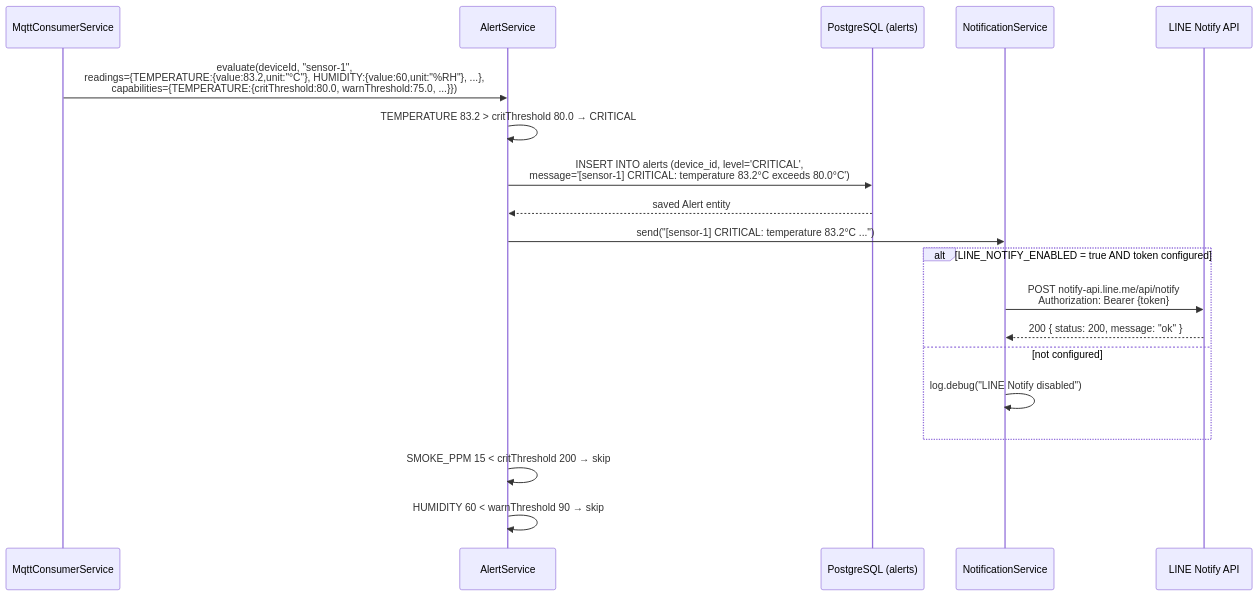
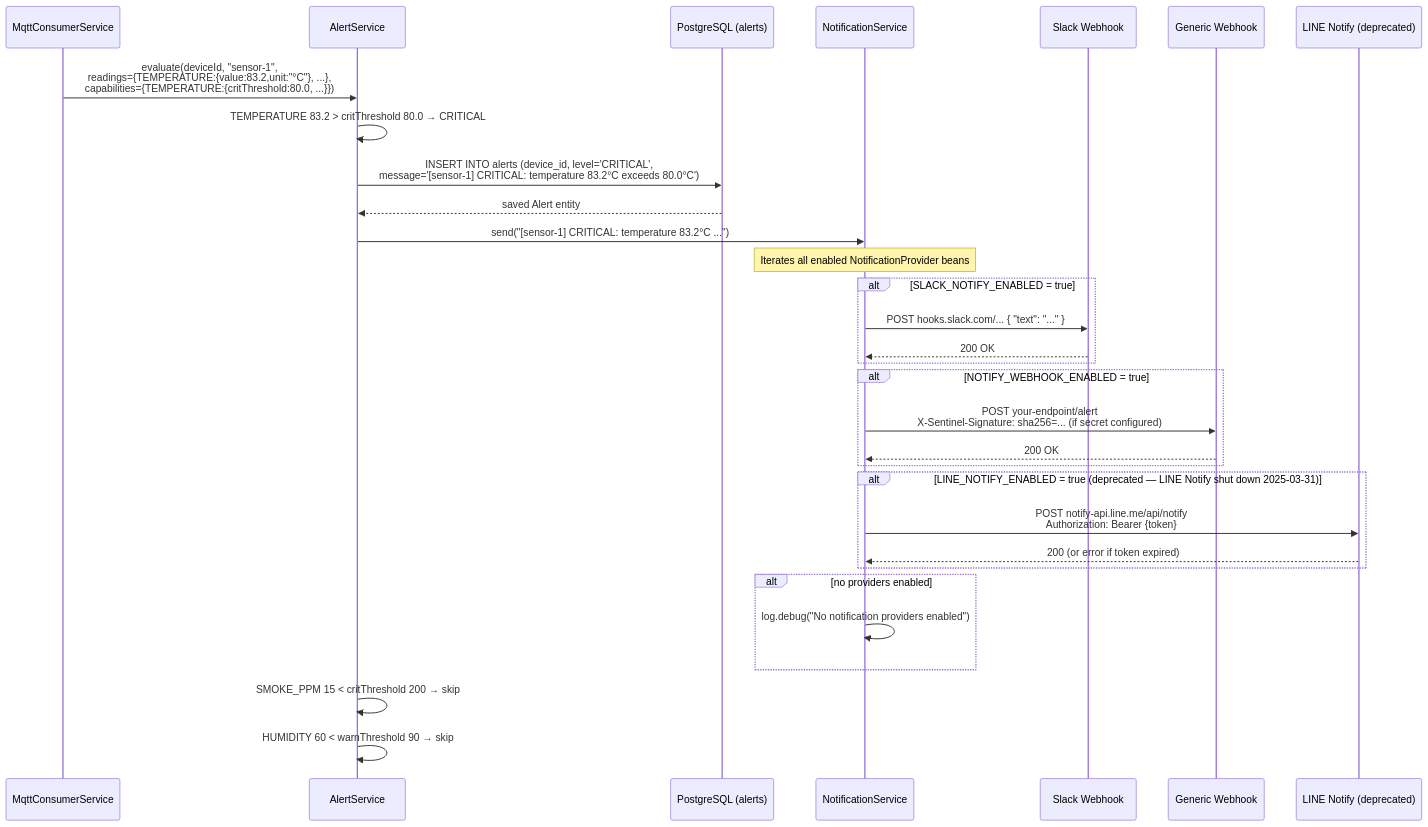
Before and after one commit to thitipongroo/sentinel-iot-platform: the sixth of 10 diagrams in docs/sequence-diagrams.md, drawn with Mermaid. The commit also changed other lines of this file and 3 other files, not shown here.

````diff
--- a/docs/sequence-diagrams.md
+++ b/docs/sequence-diagrams.md
@@ -221,26 +221,41 @@
 ```mermaid
 sequenceDiagram
     participant MQTT as MqttConsumerService
     participant ALERT as AlertService
     participant DB as PostgreSQL (alerts)
     participant NOTIFY as NotificationService
-    participant LINE as LINE Notify API
+    participant SLACK as Slack Webhook
+    participant WEBHOOK as Generic Webhook
+    participant LINE as LINE Notify (deprecated)
 
-    MQTT->>ALERT: evaluate(deviceId, "sensor-1",<br/>readings={TEMPERATURE:{value:83.2,unit:"°C"}, HUMIDITY:{value:60,unit:"%RH"}, ...},<br/>capabilities={TEMPERATURE:{critThreshold:80.0, warnThreshold:75.0, ...}})
+    MQTT->>ALERT: evaluate(deviceId, "sensor-1",<br/>readings={TEMPERATURE:{value:83.2,unit:"°C"}, ...},<br/>capabilities={TEMPERATURE:{critThreshold:80.0, ...}})
 
     ALERT->>ALERT: TEMPERATURE 83.2 > critThreshold 80.0 → CRITICAL
     ALERT->>DB: INSERT INTO alerts (device_id, level='CRITICAL',<br/>message='[sensor-1] CRITICAL: temperature 83.2°C exceeds 80.0°C')
     DB-->>ALERT: saved Alert entity
 
     ALERT->>NOTIFY: send("[sensor-1] CRITICAL: temperature 83.2°C ...")
+    Note over NOTIFY: Iterates all enabled NotificationProvider beans
 
-    alt LINE_NOTIFY_ENABLED = true AND token configured
+    alt SLACK_NOTIFY_ENABLED = true
+        NOTIFY->>SLACK: POST hooks.slack.com/... { "text": "..." }
+        SLACK-->>NOTIFY: 200 OK
+    end
+
+    alt NOTIFY_WEBHOOK_ENABLED = true
+        NOTIFY->>WEBHOOK: POST your-endpoint/alert<br/>X-Sentinel-Signature: sha256=... (if secret configured)
+        WEBHOOK-->>NOTIFY: 200 OK
+    end
+
+    alt LINE_NOTIFY_ENABLED = true (deprecated — LINE Notify shut down 2025-03-31)
         NOTIFY->>LINE: POST notify-api.line.me/api/notify<br/>Authorization: Bearer {token}
-        LINE-->>NOTIFY: 200 { status: 200, message: "ok" }
-    else not configured
-        NOTIFY->>NOTIFY: log.debug("LINE Notify disabled")
+        LINE-->>NOTIFY: 200 (or error if token expired)
+    end
+
+    alt no providers enabled
+        NOTIFY->>NOTIFY: log.debug("No notification providers enabled")
     end
 
     ALERT->>ALERT: SMOKE_PPM 15 < critThreshold 200 → skip
     ALERT->>ALERT: HUMIDITY 60 < warnThreshold 90 → skip
 ```
````
